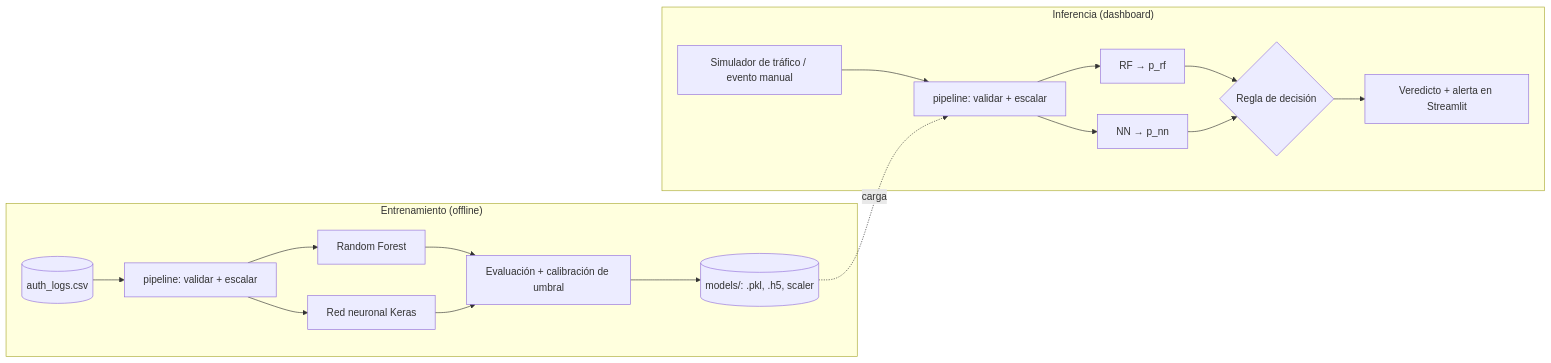
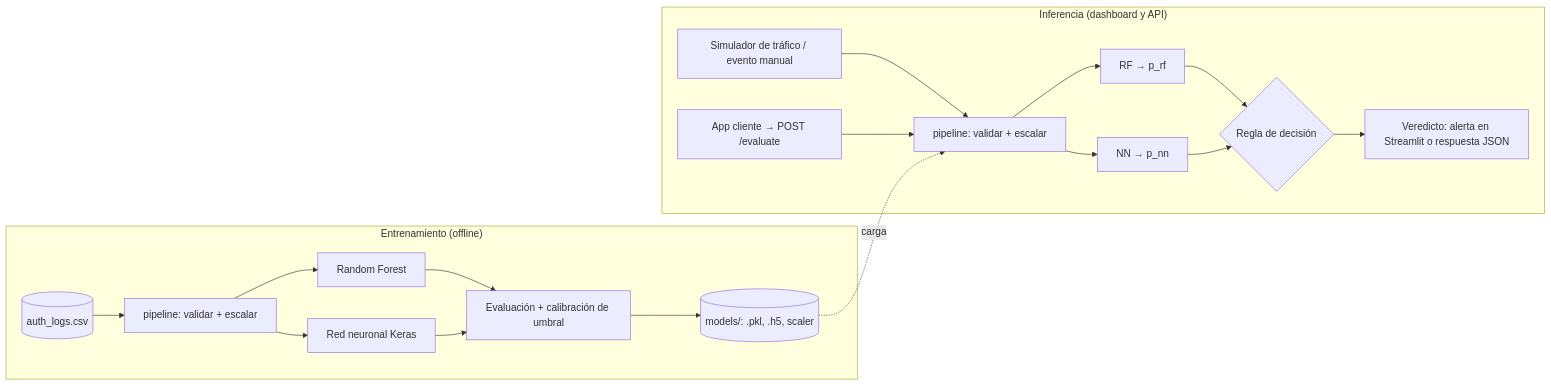
The diagram in README.md (MurginhaSebastian/AuthShield-AI), drawn with Mermaid before and after one commit. The commit also changed other lines of this file, not shown here.

Commit message:
docs: uso de la API, despliegue con Docker y límites del servicio

````diff
--- a/README.md
+++ b/README.md
@@ -234,21 +249,22 @@
 ```mermaid
 flowchart LR
     subgraph Offline["Entrenamiento (offline)"]
         D[(auth_logs.csv)] --> P1[pipeline: validar + escalar]
         P1 --> RF[Random Forest]
         P1 --> NN[Red neuronal Keras]
         RF --> E[Evaluación + calibración de umbral]
         NN --> E
         E --> A[(models/: .pkl, .h5, scaler)]
     end
 
-    subgraph Online["Inferencia (dashboard)"]
+    subgraph Online["Inferencia (dashboard y API)"]
         S[Simulador de tráfico / evento manual] --> P2[pipeline: validar + escalar]
+        C[App cliente → POST /evaluate] --> P2
         A -.carga.-> P2
         P2 --> RF2[RF → p_rf]
         P2 --> NN2[NN → p_nn]
         RF2 --> R{Regla de decisión}
         NN2 --> R
-        R --> V[Veredicto + alerta en Streamlit]
+        R --> V[Veredicto: alerta en Streamlit o respuesta JSON]
     end
 ```
````
